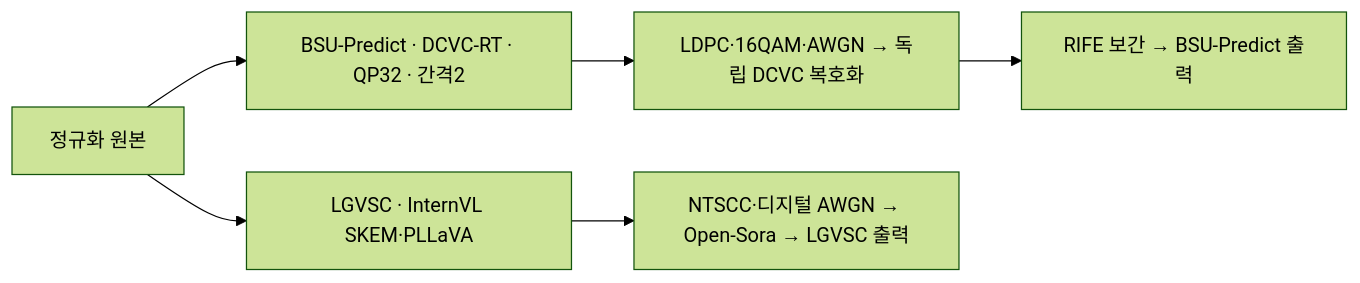
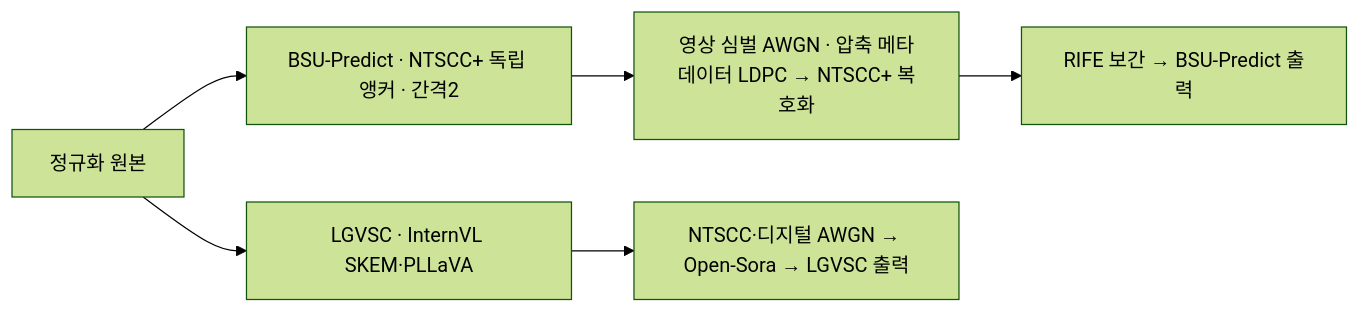
The first of 9 diagrams in docs/MODEL_ARCHITECTURE.md (SangukBae/semantic_transmission), drawn with Mermaid (forest theme) before and after one commit. The commit also changed other lines of this file and 3 other files, not shown here.

Commit message:
docs(bsu-predict): align JSCC defaults and measured DCVC comparisons

````diff
--- a/docs/MODEL_ARCHITECTURE.md
+++ b/docs/MODEL_ARCHITECTURE.md
@@ -35,8 +35,8 @@
 ```mermaid
 flowchart LR
-    V[정규화 원본] --> C[BSU-Predict · DCVC-RT · QP32 · 간격2]
-    C --> P[LDPC·16QAM·AWGN → 독립 DCVC 복호화]
+    V[정규화 원본] --> C[BSU-Predict · NTSCC+ 독립 앵커 · 간격2]
+    C --> P[영상 심벌 AWGN · 압축 메타데이터 LDPC → NTSCC+ 복호화]
     P --> I[RIFE 보간 → BSU-Predict 출력]
     V --> L[LGVSC · InternVL SKEM·PLLaVA]
     L --> T[NTSCC·디지털 AWGN → Open-Sora → LGVSC 출력]
 ```
````
